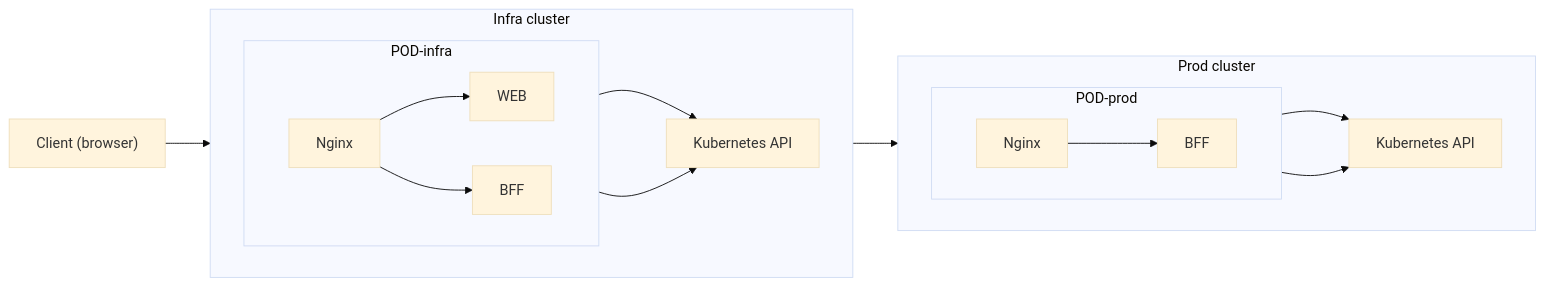
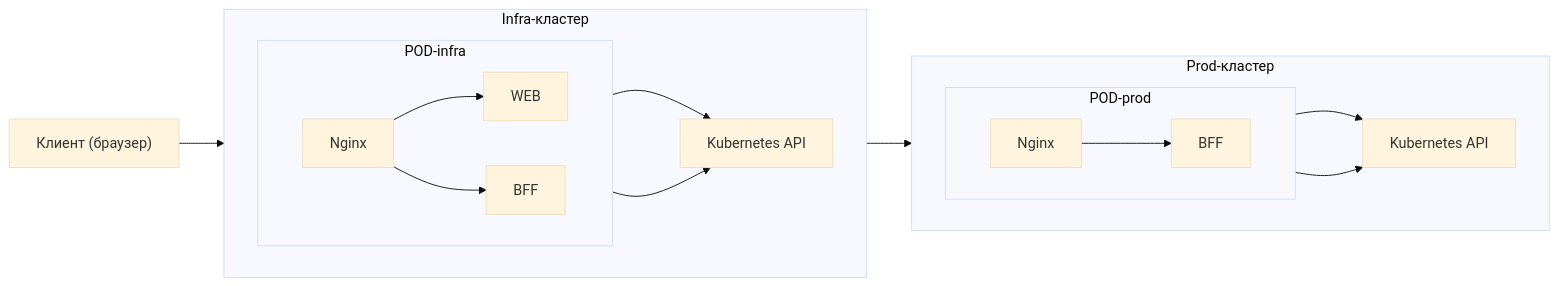
The diagram in documentation/docs/tech-docs/components.mdx (PRO-Robotech/in-cloud-console-docs), drawn with Mermaid (base theme) before and after one commit. The commit also changed other lines of this file and 19 other files, not shown here.

````diff
--- a/documentation/docs/tech-docs/components.mdx
+++ b/documentation/docs/tech-docs/components.mdx
@@ -16,42 +16,42 @@
 ```mermaid
 flowchart LR
 
-  browser["Client (browser)"]
+  browser["Клиент (браузер)"]
 
-  subgraph "Infra cluster"
+  subgraph "Infra-кластер"
     direction LR
     subgraph "POD-infra"
       direction LR
       nginx1["Nginx"]
       web["WEB"]
       bff1["BFF"]
     end
     k8s1["Kubernetes API"]
 
     bff1-->k8s1
 
     nginx1-->web
     nginx1-->bff1
     nginx1-->k8s1
   end
 
-  subgraph "Prod cluster"
+  subgraph "Prod-кластер"
     direction LR
     subgraph "POD-prod"
       direction LR
       nginx2["Nginx"]
       bff2["BFF"]
     end
     nginx2["Nginx"]
     bff2["BFF"]
     k8s2["Kubernetes API"]
 
     bff2-->k8s2
 
     nginx2-->bff2
     nginx2-->k8s2
   end
 
   browser-->nginx1
   nginx1-->nginx2
 ```
````
